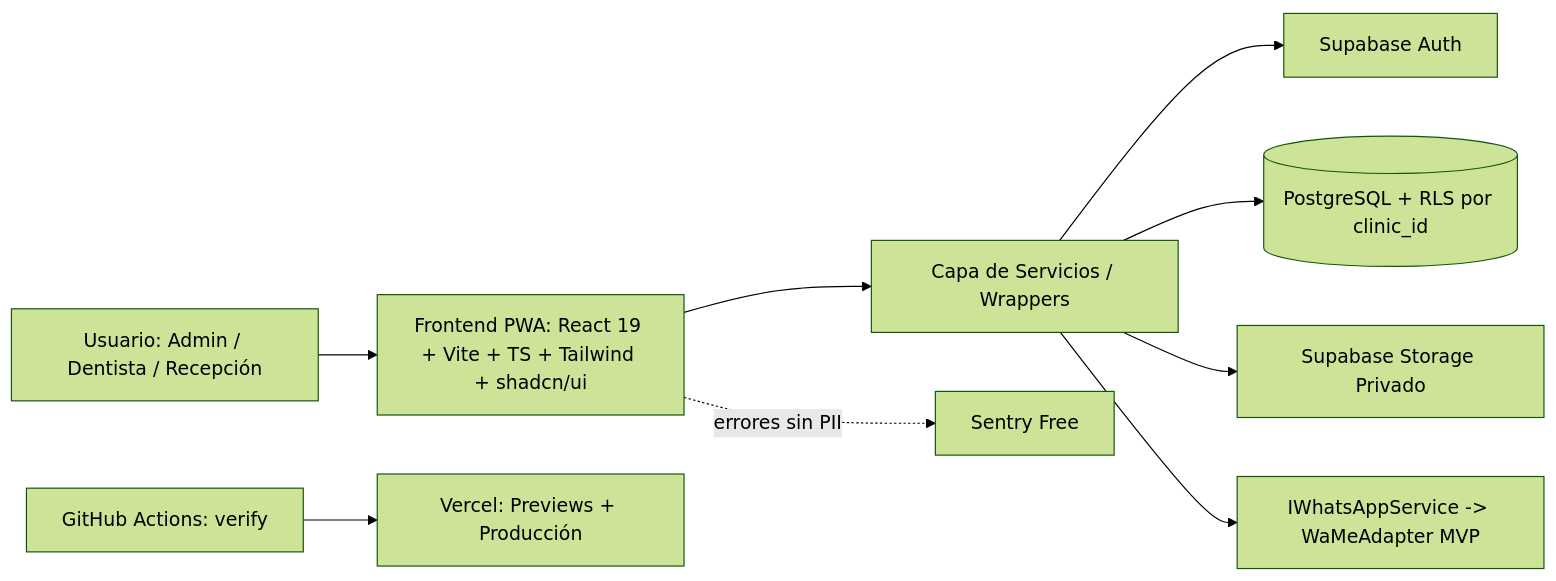
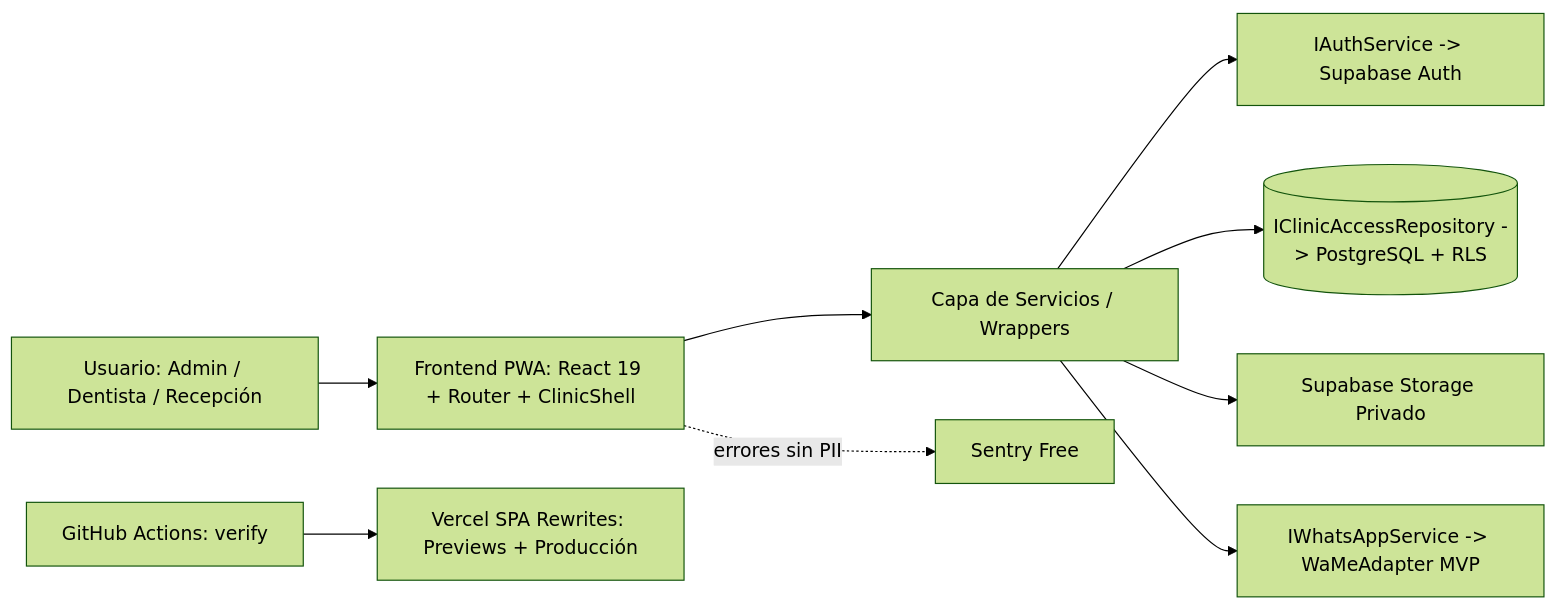
Before and after one commit to augustoalr/dentalcare: the diagram in docs/ARQUITECTURA.md, drawn with Mermaid (forest theme). The commit also changed other lines of this file and 31 other files, not shown here.

````diff
--- a/docs/ARQUITECTURA.md
+++ b/docs/ARQUITECTURA.md
@@ -7,11 +7,11 @@
 ```mermaid
 flowchart LR
-    U[Usuario: Admin / Dentista / Recepción] --> W[Frontend PWA: React 19 + Vite + TS + Tailwind + shadcn/ui]
+    U[Usuario: Admin / Dentista / Recepción] --> W[Frontend PWA: React 19 + Router + ClinicShell]
     W --> WRAP[Capa de Servicios / Wrappers]
-    WRAP --> AUTH[Supabase Auth]
-    WRAP --> DB[(PostgreSQL + RLS por clinic_id)]
+    WRAP --> AUTH[IAuthService -> Supabase Auth]
+    WRAP --> DB[(IClinicAccessRepository -> PostgreSQL + RLS)]
     WRAP --> ST[Supabase Storage Privado]
     WRAP --> WA[IWhatsAppService -> WaMeAdapter MVP]
     W -. errores sin PII .-> SEN[Sentry Free]
-    GH[GitHub Actions: verify] --> V[Vercel: Previews + Producción]
+    GH[GitHub Actions: verify] --> V[Vercel SPA Rewrites: Previews + Producción]
 ```
````
